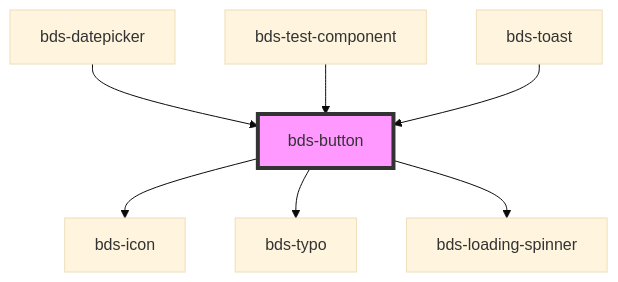
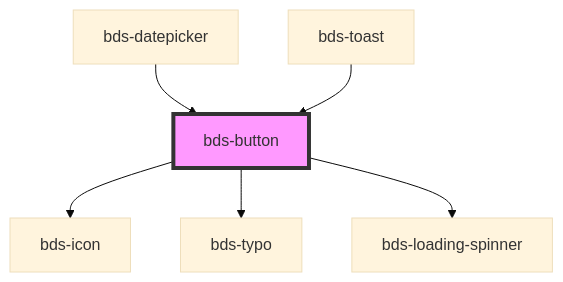
Before and after one commit to takenet/blip-ds: the diagram in src/components/button/readme.md, drawn with Mermaid (base theme). The commit also changed other lines of this file and 40 other files, not shown here.

Commit message:
feat(test-components): remove components example from test component

````diff
--- a/src/components/button/readme.md
+++ b/src/components/button/readme.md
@@ -54,10 +53,9 @@
 ```mermaid
 graph TD;
   bds-button --> bds-icon
   bds-button --> bds-typo
   bds-button --> bds-loading-spinner
   bds-datepicker --> bds-button
-  bds-test-component --> bds-button
   bds-toast --> bds-button
   style bds-button fill:#f9f,stroke:#333,stroke-width:4px
 ```
````
